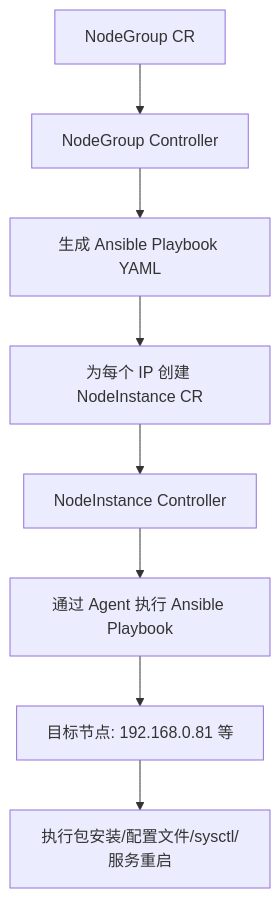
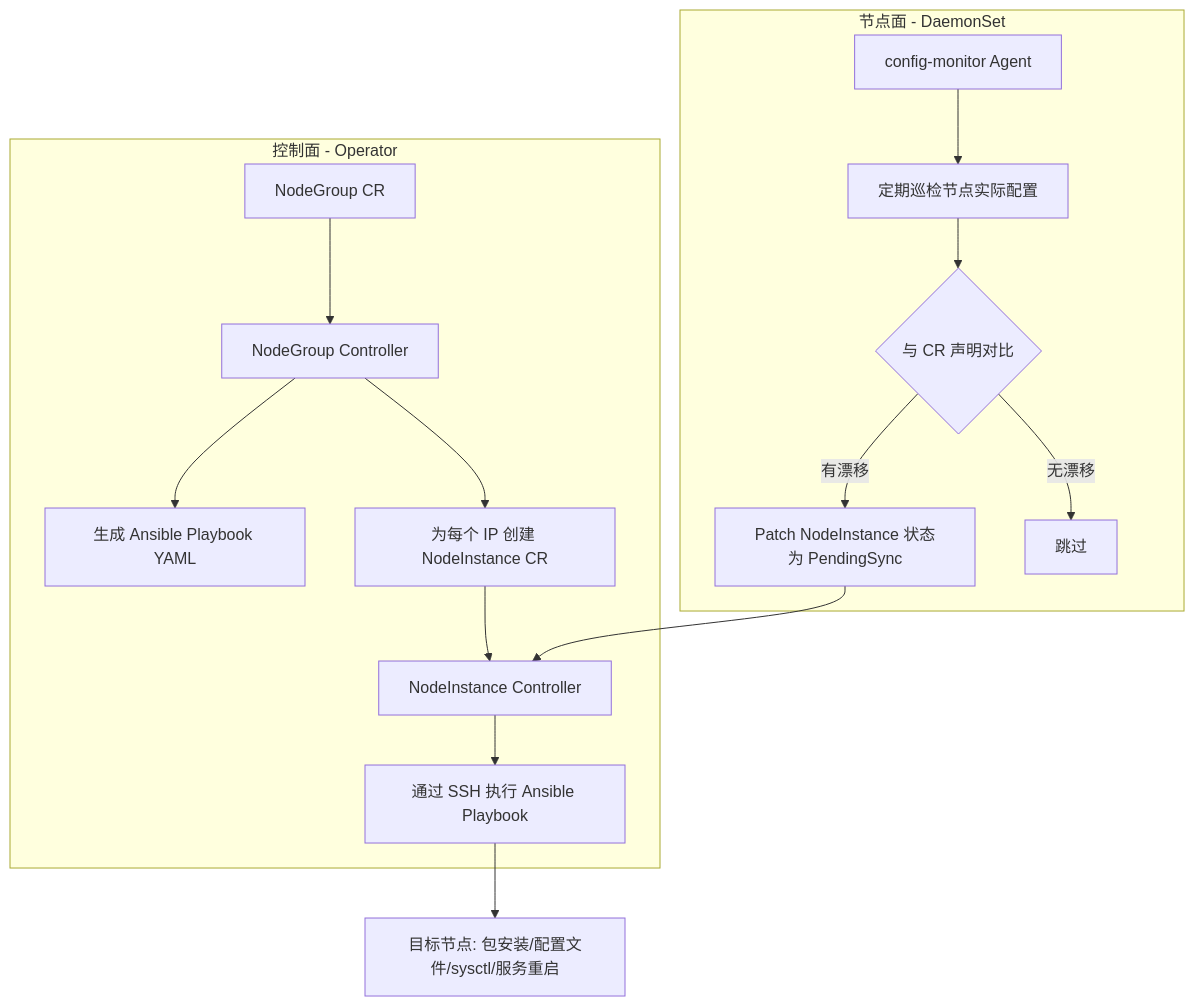
The diagram in README.md (G-Yuno/k8s-operator), drawn with Mermaid before and after one commit. The commit also changed other lines of this file, not shown here.

````diff
--- a/README.md
+++ b/README.md
@@ -15,10 +18,20 @@
 ```mermaid
 graph TB
-    A[NodeGroup CR] --> B[NodeGroup Controller]
-    B --> C[生成 Ansible Playbook YAML]
-    C --> D[为每个 IP 创建 NodeInstance CR]
-    D --> E[NodeInstance Controller]
-    E --> F[通过 Agent 执行 Ansible Playbook]
-    F --> G[目标节点: 192.168.0.81 等]
-    G --> H[执行包安装/配置文件/sysctl/服务重启]
+    subgraph 控制面 [控制面 - Operator]
+        A[NodeGroup CR] --> B[NodeGroup Controller]
+        B --> C[生成 Ansible Playbook YAML]
+        B --> D[为每个 IP 创建 NodeInstance CR]
+        D --> E[NodeInstance Controller]
+        E --> F[通过 SSH 执行 Ansible Playbook]
+    end
+
+    subgraph 节点面 [节点面 - DaemonSet]
+        H[config-monitor Agent] --> I[定期巡检节点实际配置]
+        I --> J{与 CR 声明对比}
+        J -->|有漂移| K[Patch NodeInstance 状态为 PendingSync]
+        J -->|无漂移| L[跳过]
+    end
+
+    F --> G[目标节点: 包安装/配置文件/sysctl/服务重启]
+    K --> E
 ```
````
